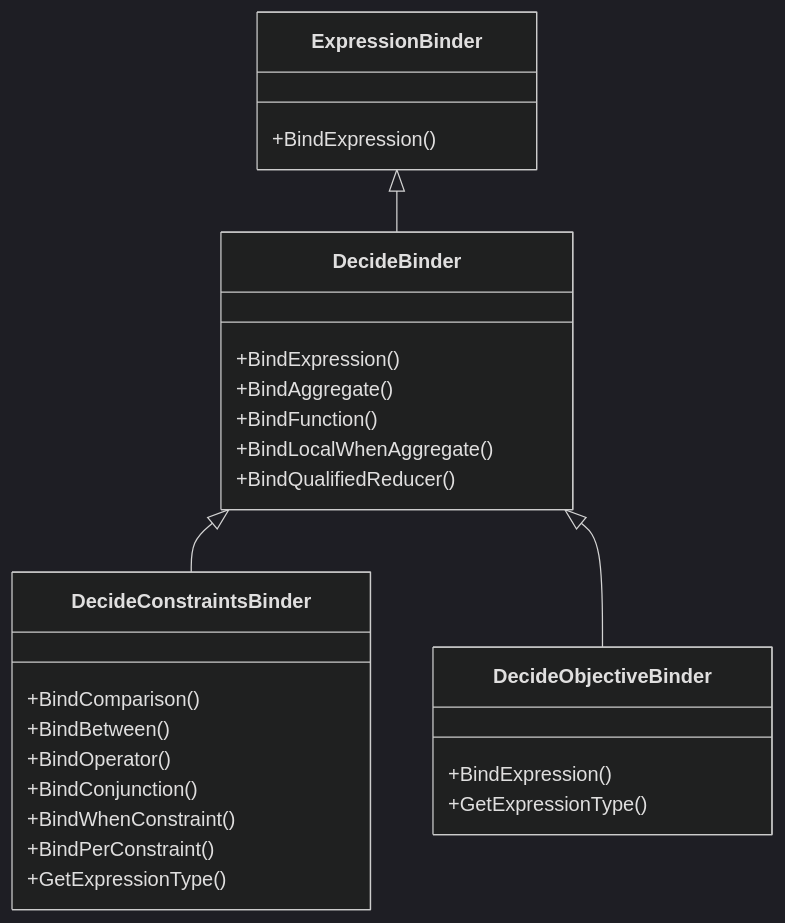
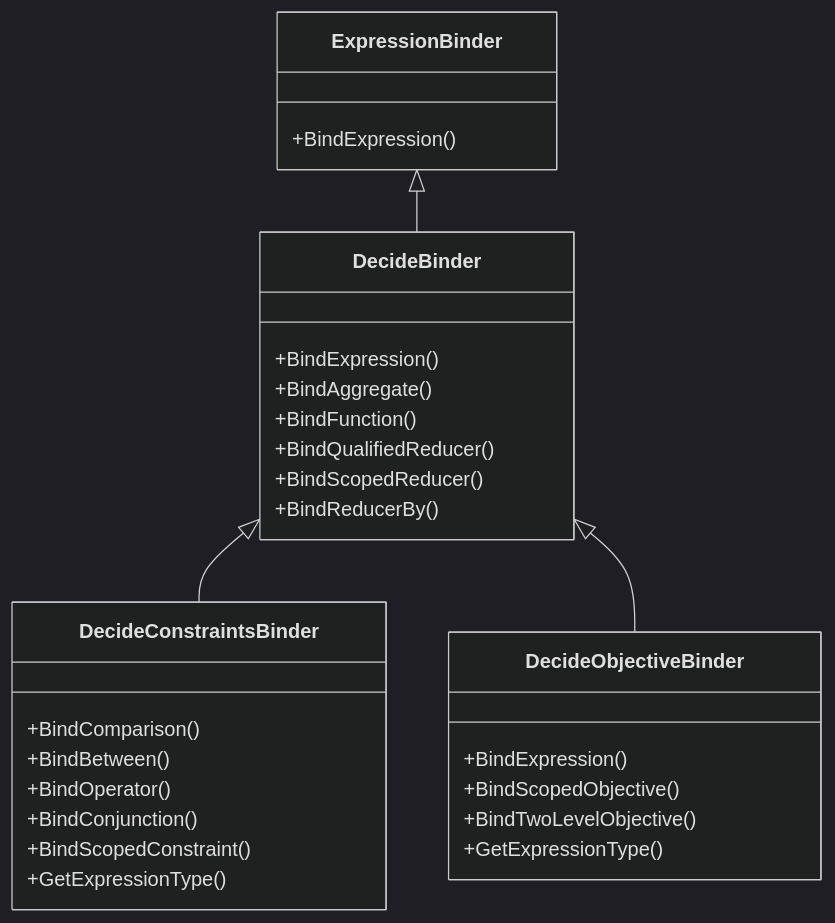
The first of 2 diagrams in context/descriptions/01_pipeline/code_structure.md (huda-lab/decidb), drawn with Mermaid (dark theme) before and after one commit. The commit also changed other lines of this file and 265 other files, not shown here.

````diff
--- a/context/descriptions/01_pipeline/code_structure.md
+++ b/context/descriptions/01_pipeline/code_structure.md
@@ -106,30 +109,32 @@
 ```mermaid
 classDiagram
     class ExpressionBinder {
         +BindExpression()
     }
     class DecideBinder {
         +BindExpression()
         +BindAggregate()
         +BindFunction()
-        +BindLocalWhenAggregate()
         +BindQualifiedReducer()
+        +BindScopedReducer()
+        +BindReducerBy()
     }
     class DecideConstraintsBinder {
         +BindComparison()
         +BindBetween()
         +BindOperator()
         +BindConjunction()
-        +BindWhenConstraint()
-        +BindPerConstraint()
+        +BindScopedConstraint()
         +GetExpressionType()
     }
     class DecideObjectiveBinder {
         +BindExpression()
+        +BindScopedObjective()
+        +BindTwoLevelObjective()
         +GetExpressionType()
     }
 
     ExpressionBinder <|-- DecideBinder
     DecideBinder <|-- DecideConstraintsBinder
     DecideBinder <|-- DecideObjectiveBinder
 ```
````
